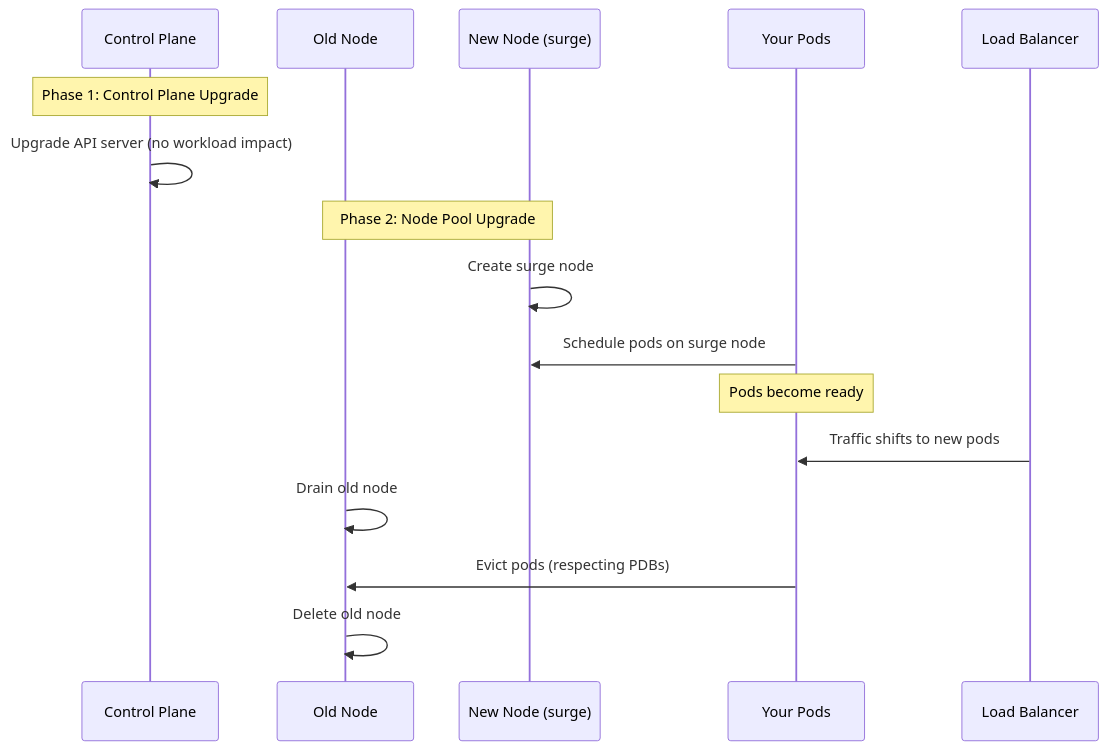
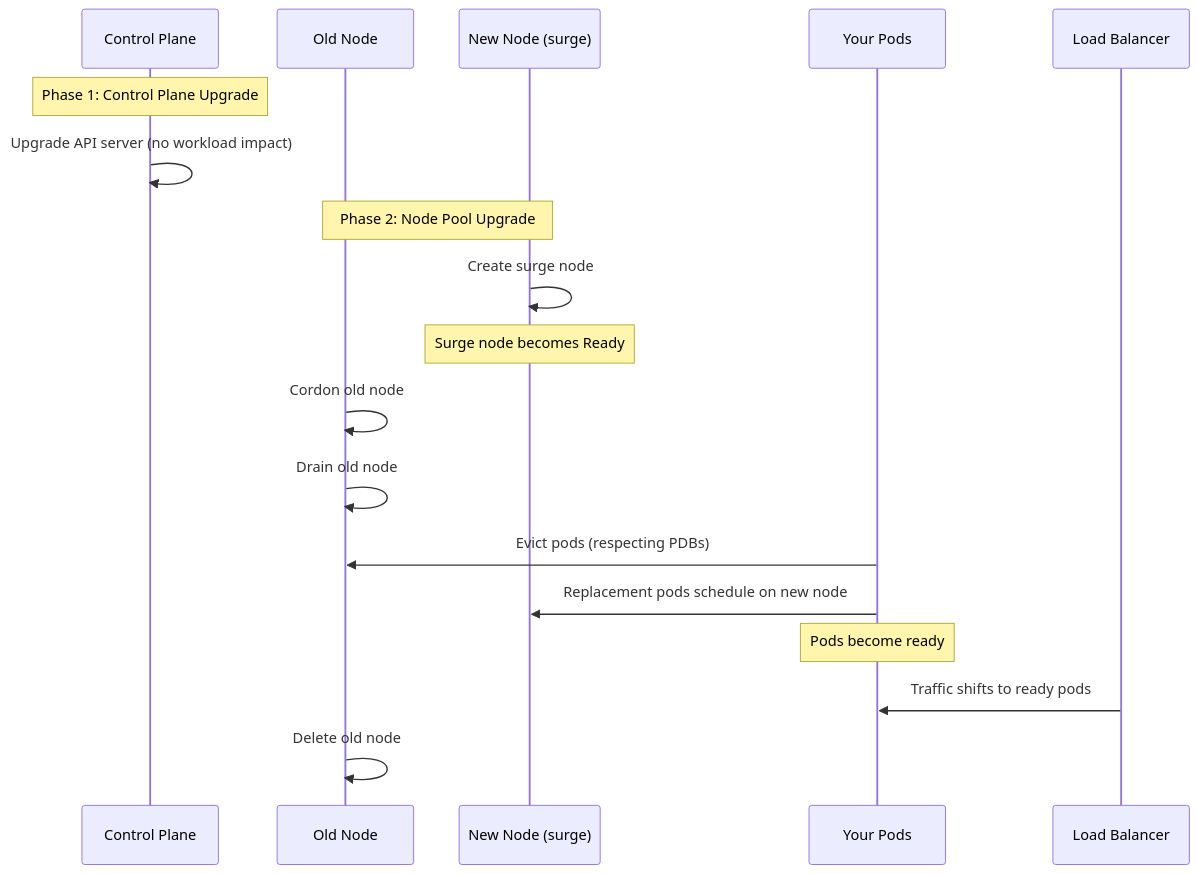
One commit to OneUptime/blog changed the diagram in posts/2026-02-17-how-to-perform-a-zero-downtime-gke-cluster-upgrade-using-surge-upgrades-and-pdbs/README.md. Above: the diagram before and after it, drawn with Mermaid. The commit also changed other lines of this file and 2 other files, not shown here.

Commit message:
validate: 2026-02-17-how-to-perform-a-zero-downtime-gke-cluster-upgrade-using-surge-upgrades-and-pdbs

````diff
--- a/posts/2026-02-17-how-to-perform-a-zero-downtime-gke-cluster-upgrade-using-surge-upgrades-and-pdbs/README.md
+++ b/posts/2026-02-17-how-to-perform-a-zero-downtime-gke-cluster-upgrade-using-surge-upgrades-and-pdbs/README.md
@@ -22,20 +22,22 @@
 ```mermaid
 sequenceDiagram
     participant CP as Control Plane
     participant Old as Old Node
     participant New as New Node (surge)
     participant Pod as Your Pods
     participant LB as Load Balancer
 
     Note over CP: Phase 1: Control Plane Upgrade
     CP->>CP: Upgrade API server (no workload impact)
 
     Note over Old,New: Phase 2: Node Pool Upgrade
     New->>New: Create surge node
-    Pod->>New: Schedule pods on surge node
-    Note over Pod: Pods become ready
-    LB->>Pod: Traffic shifts to new pods
+    Note over New: Surge node becomes Ready
+    Old->>Old: Cordon old node
     Old->>Old: Drain old node
     Pod->>Old: Evict pods (respecting PDBs)
+    Pod->>New: Replacement pods schedule on new node
+    Note over Pod: Pods become ready
+    LB->>Pod: Traffic shifts to ready pods
     Old->>Old: Delete old node
 ```
````
